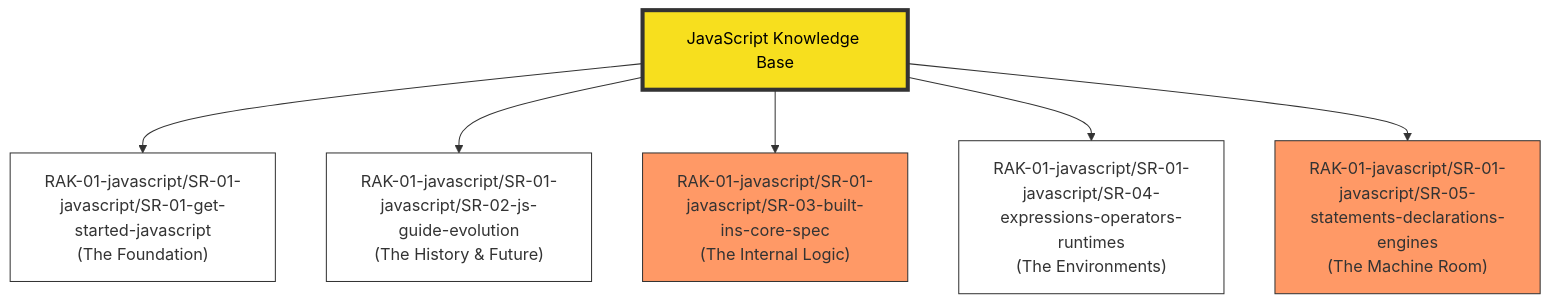
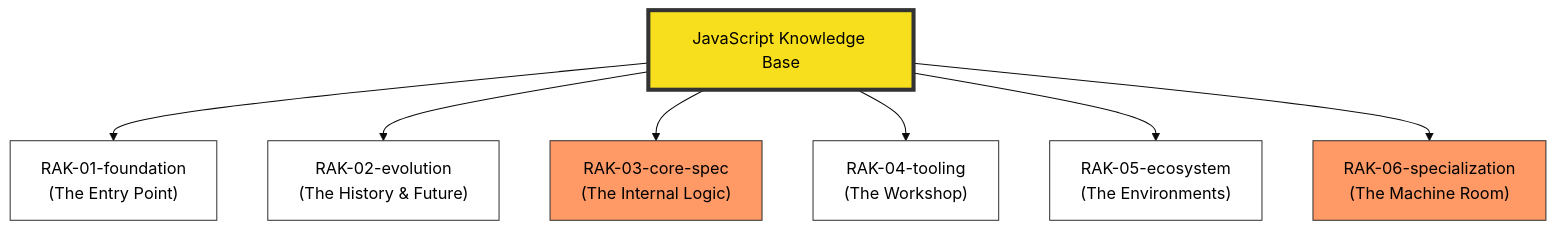
Before and after one commit to syahputrawork98-sketch/JavaScript-Learning-Hub: the diagram in README.md, drawn with Mermaid. The commit also changed other lines of this file and 45 other files, not shown here.

Commit message:
feat: Introduce RAK-02 evolution content covering history, philosophy, and modern language features with examples, alongside new documentation standards.

````diff
--- a/README.md
+++ b/README.md
@@ -8,19 +8,22 @@
 ```mermaid
+%%{init: {'theme': 'base', 'themeVariables': { 'primaryColor': '#F7DF1E', 'primaryTextColor': '#000'}}}%%
 graph TD
     Root["JavaScript Knowledge Base"]
     
-    RAK01["RAK-01-javascript/SR-01-javascript/SR-01-get-started-javascript<br/>(The Foundation)"]
-    RAK02["RAK-01-javascript/SR-01-javascript/SR-02-js-guide-evolution<br/>(The History & Future)"]
-    RAK03["RAK-01-javascript/SR-01-javascript/SR-03-built-ins-core-spec<br/>(The Internal Logic)"]
-    RAK04["RAK-01-javascript/SR-01-javascript/SR-04-expressions-operators-runtimes<br/>(The Environments)"]
-    RAK05["RAK-01-javascript/SR-01-javascript/SR-05-statements-declarations-engines<br/>(The Machine Room)"]
+    RAK01["RAK-01-foundation<br/>(The Entry Point)"]
+    RAK02["RAK-02-evolution<br/>(The History & Future)"]
+    RAK03["RAK-03-core-spec<br/>(The Internal Logic)"]
+    RAK04["RAK-04-tooling<br/>(The Workshop)"]
+    RAK05["RAK-05-ecosystem<br/>(The Environments)"]
+    RAK06["RAK-06-specialization<br/>(The Machine Room)"]
     
-    Root --> RAK01 & RAK02 & RAK03 & RAK04 & RAK05
+    Root --> RAK01 & RAK02 & RAK03 & RAK04 & RAK05 & RAK06
     
     style Root fill:#f7df1e,stroke:#333,stroke-width:4px,color:#000
     style RAK01 fill:#fff,stroke:#333
     style RAK02 fill:#fff,stroke:#333
     style RAK03 fill:#f96,stroke:#333
     style RAK04 fill:#fff,stroke:#333
-    style RAK05 fill:#f96,stroke:#333
+    style RAK05 fill:#fff,stroke:#333
+    style RAK06 fill:#f96,stroke:#333
 ```
````
